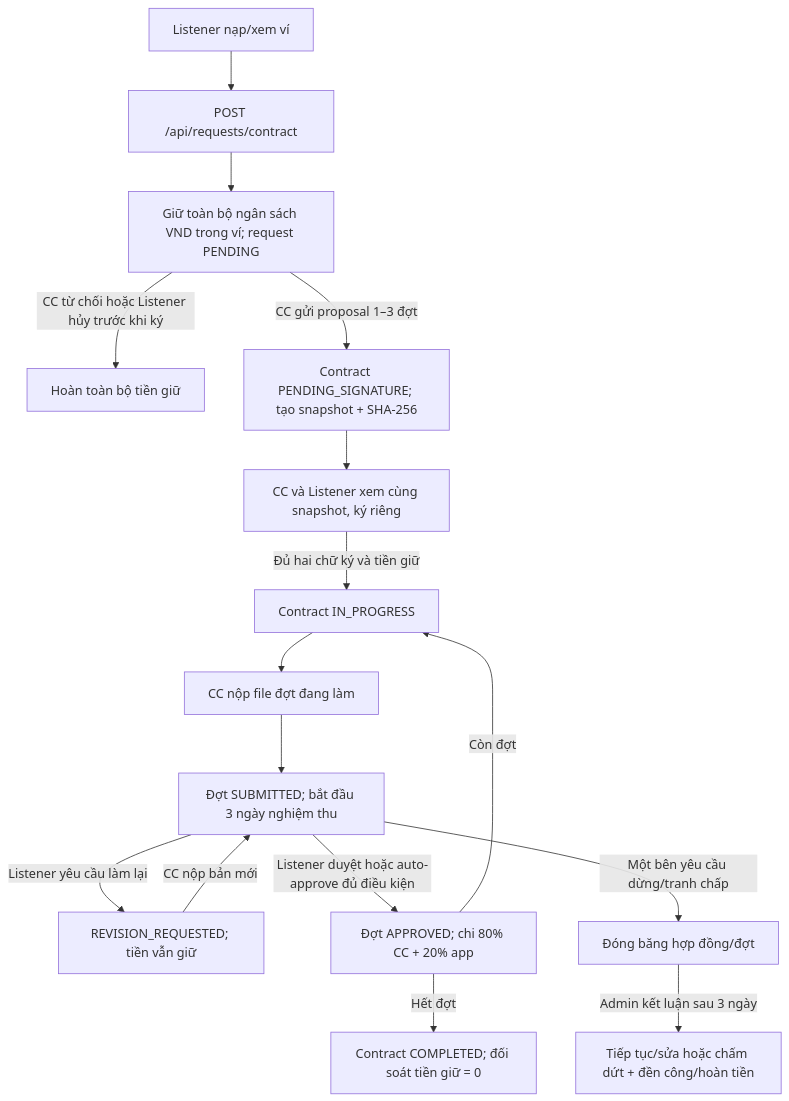
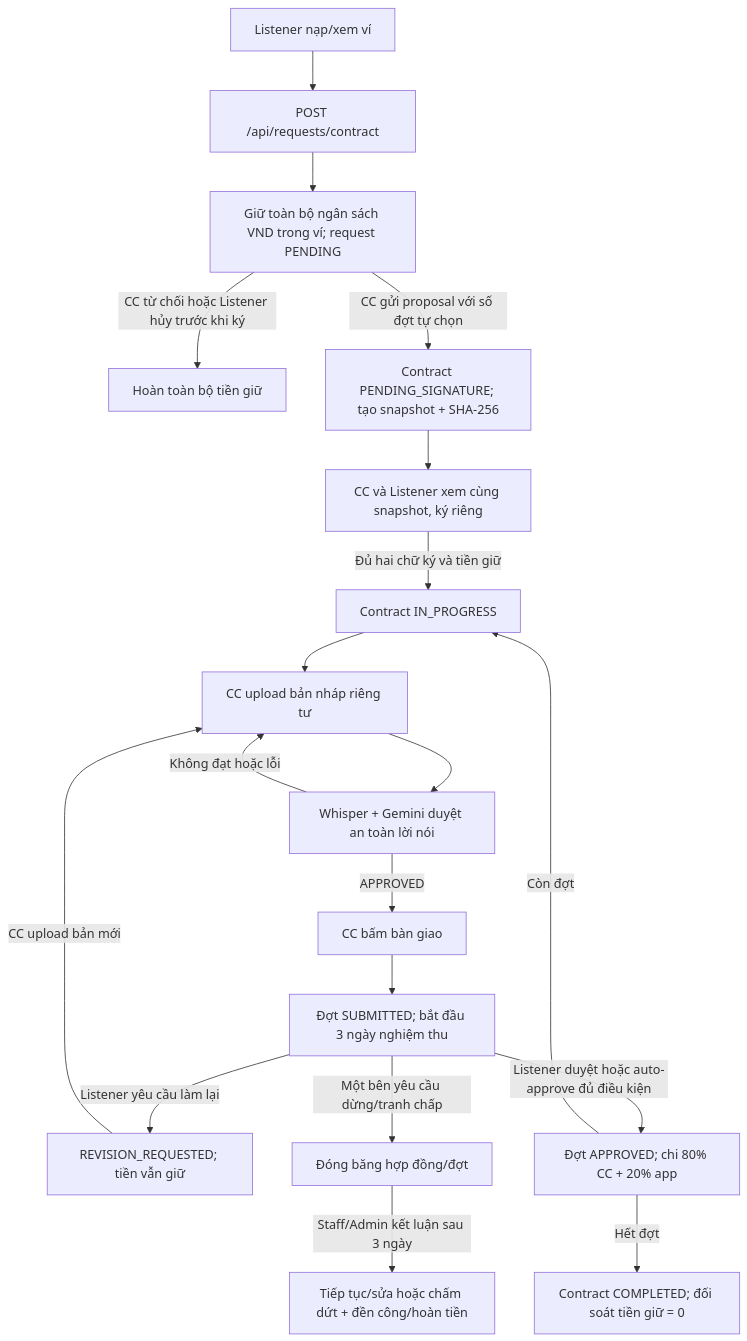
The diagram in Backend/docs/CONTRACT_FLOW.md (huynhngocduy3122021-sys/Podcast_History), drawn with Mermaid before and after one commit. The commit also changed other lines of this file and 33 other files, not shown here.

````diff
--- a/Backend/docs/CONTRACT_FLOW.md
+++ b/Backend/docs/CONTRACT_FLOW.md
@@ -11,18 +11,21 @@
 ```mermaid
 flowchart TD
     A[Listener nạp/xem ví] --> B[POST /api/requests/contract]
     B --> C[Giữ toàn bộ ngân sách VND trong ví; request PENDING]
     C -->|CC từ chối hoặc Listener hủy trước khi ký| R[Hoàn toàn bộ tiền giữ]
-    C -->|CC gửi proposal 1–3 đợt| D[Contract PENDING_SIGNATURE; tạo snapshot + SHA-256]
+    C -->|CC gửi proposal với số đợt tự chọn| D[Contract PENDING_SIGNATURE; tạo snapshot + SHA-256]
     D --> E[CC và Listener xem cùng snapshot, ký riêng]
     E -->|Đủ hai chữ ký và tiền giữ| F[Contract IN_PROGRESS]
-    F --> G[CC nộp file đợt đang làm]
-    G --> H[Đợt SUBMITTED; bắt đầu 3 ngày nghiệm thu]
+    F --> G[CC upload bản nháp riêng tư]
+    G --> AI[Whisper + Gemini duyệt an toàn lời nói]
+    AI -->|Không đạt hoặc lỗi| G
+    AI -->|APPROVED| DLV[CC bấm bàn giao]
+    DLV --> H[Đợt SUBMITTED; bắt đầu 3 ngày nghiệm thu]
     H -->|Listener yêu cầu làm lại| I[REVISION_REQUESTED; tiền vẫn giữ]
-    I -->|CC nộp bản mới| H
+    I -->|CC upload bản mới| G
     H -->|Listener duyệt hoặc auto-approve đủ điều kiện| J[Đợt APPROVED; chi 80% CC + 20% app]
     H -->|Một bên yêu cầu dừng/tranh chấp| K[Đóng băng hợp đồng/đợt]
     J -->|Còn đợt| F
     J -->|Hết đợt| L[Contract COMPLETED; đối soát tiền giữ = 0]
-    K -->|Admin kết luận sau 3 ngày| M[Tiếp tục/sửa hoặc chấm dứt + đền công/hoàn tiền]
+    K -->|Staff/Admin kết luận sau 3 ngày| M[Tiếp tục/sửa hoặc chấm dứt + đền công/hoàn tiền]
 ```
````
